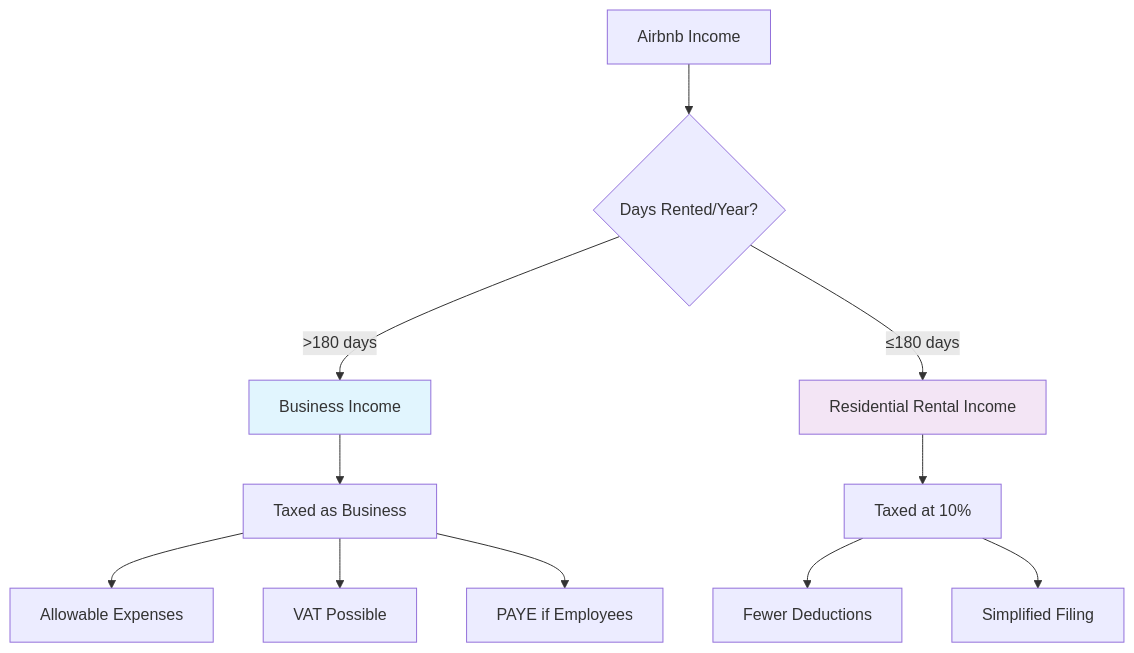
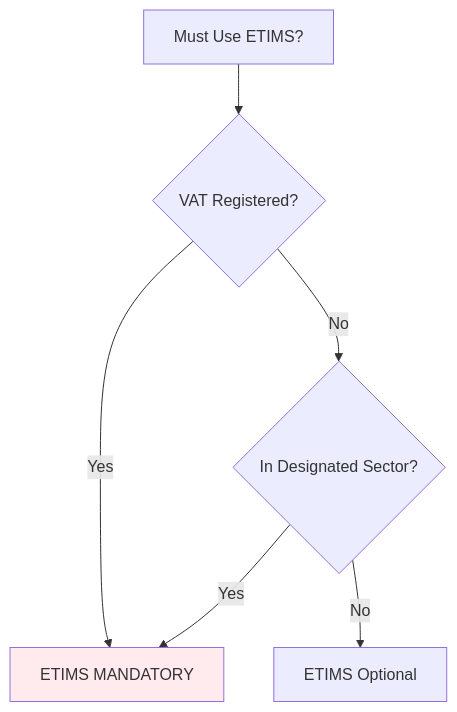
The diagram in ETIMIS.md (King-odysseus/BeneAlpha), drawn with Mermaid before and after one commit. The commit also changed other lines of this file, not shown here.

````diff
--- a/ETIMIS.md
+++ b/ETIMIS.md
@@ -71,18 +39,10 @@
 ```mermaid
 graph TD
-    A[Airbnb Income] --> B{Days Rented/Year?}
-    B -->|>180 days| C[Business Income]
-    B -->|≤180 days| D[Residential Rental Income]
+    A[Must Use ETIMS?] --> B{VAT Registered?}
+    B -->|Yes| C[ETIMS MANDATORY]
+    B -->|No| D{In Designated Sector?}
+    D -->|Yes| C
+    D -->|No| E[ETIMS Optional]
 
-    C --> E[Taxed as Business]
-    E --> F[Allowable Expenses]
-    E --> G[VAT Possible]
-    E --> H[PAYE if Employees]
-
-    D --> I[Taxed at 10%]
-    I --> J[Fewer Deductions]
-    I --> K[Simplified Filing]
-
-    style C fill:#e1f5fe
-    style D fill:#f3e5f5
+    style C fill:#ffebee
 ```
````
